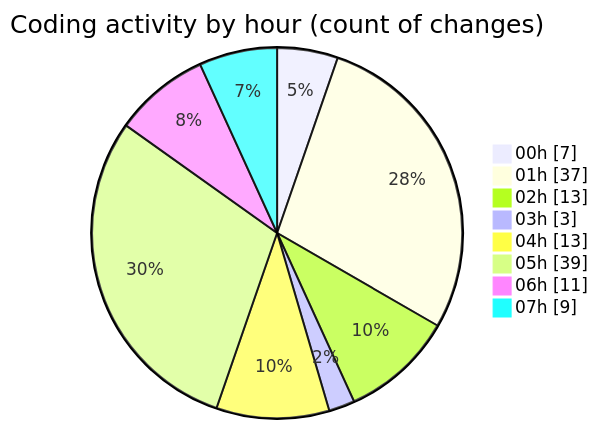
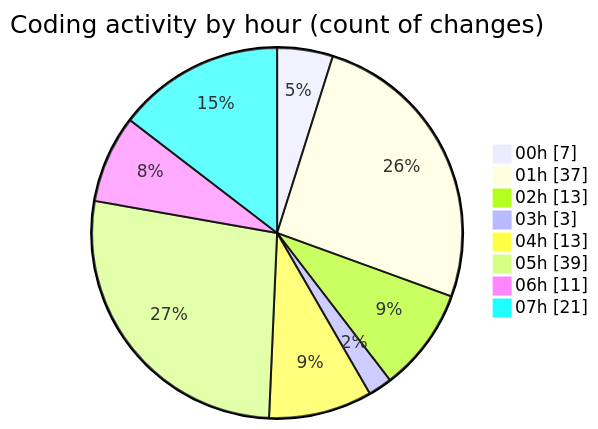
The second of 2 diagrams in 2025-02-23/micros/README.md (charlie-sans/code-tracking), drawn with Mermaid before and after one commit. The commit also changed other lines of this file and 1 other file, not shown here.

````diff
--- a/2025-02-23/micros/README.md
+++ b/2025-02-23/micros/README.md
@@ -62,12 +64,12 @@
 ```mermaid
 pie showData
 title Coding activity by hour (count of changes)
 "00h" : 7
 "01h" : 37
 "02h" : 13
 "03h" : 3
 "04h" : 13
 "05h" : 39
 "06h" : 11
-"07h" : 9
+"07h" : 21
 ```
````
